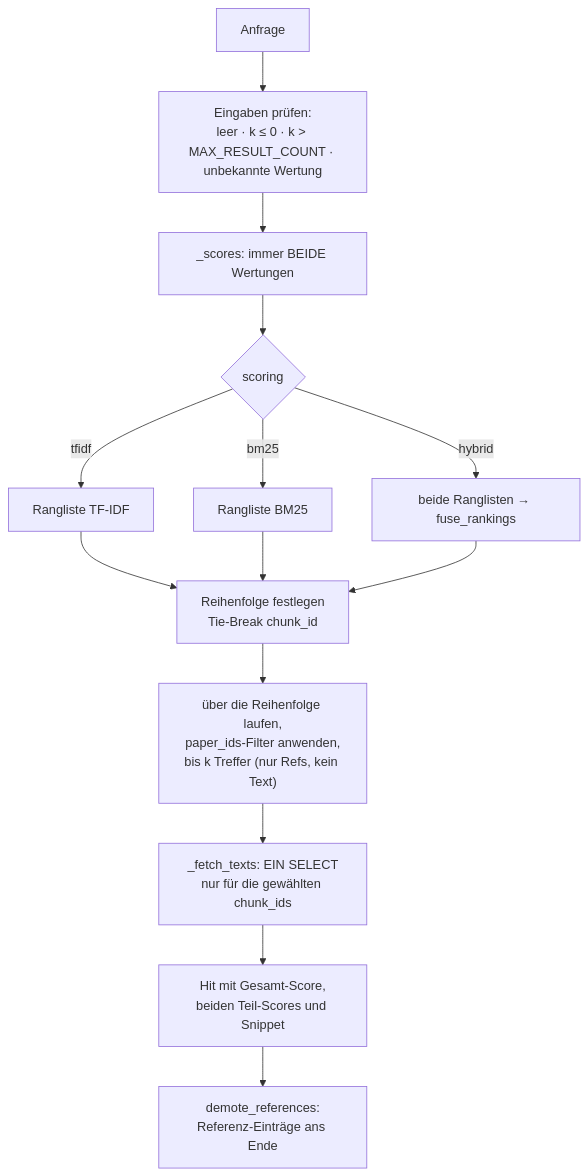
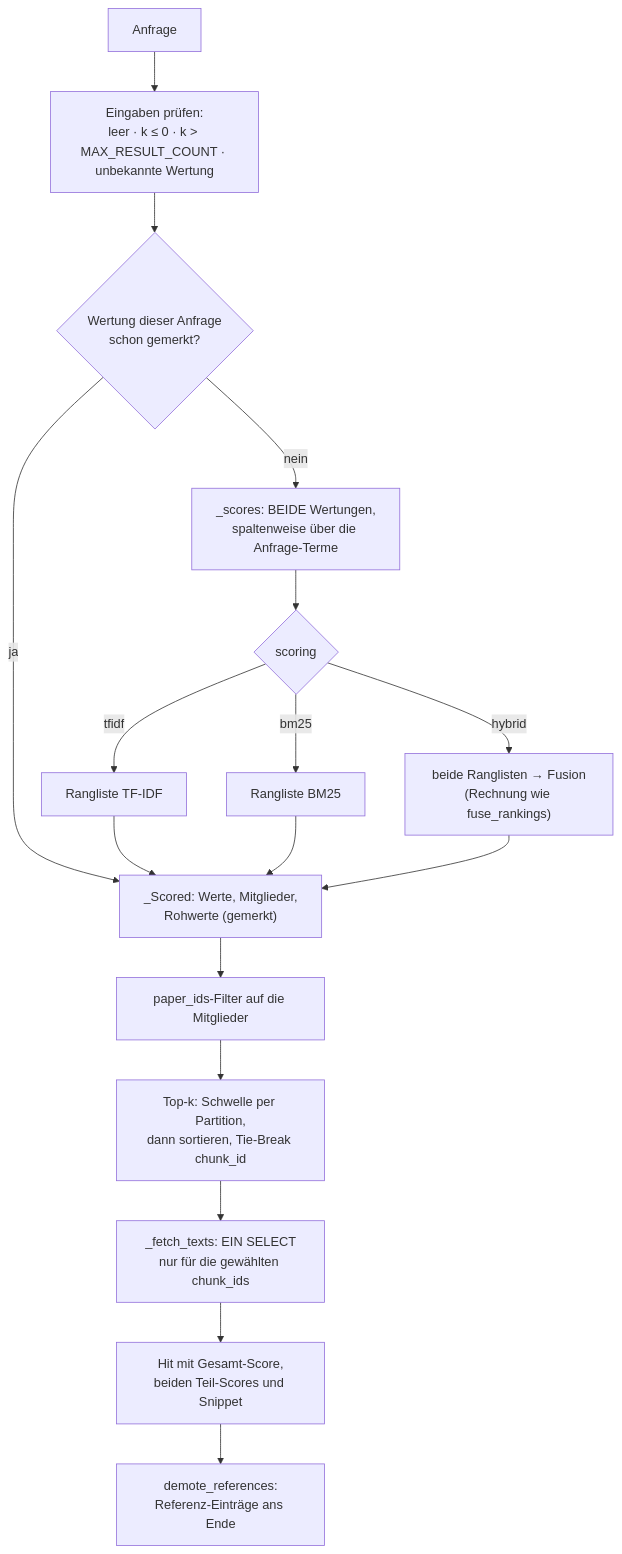
Before and after one commit to MomoEngineer/research-graphrag: the third of 4 diagrams in src/research_graphrag/indexing/doc/tfidf_index.md, drawn with Mermaid. The commit also changed other lines of this file and 6 other files, not shown here.

````diff
--- a/src/research_graphrag/indexing/doc/tfidf_index.md
+++ b/src/research_graphrag/indexing/doc/tfidf_index.md
@@ -101,16 +115,19 @@
 ```mermaid
 flowchart TD
     Q["Anfrage"] --> V["Eingaben prüfen:<br/>leer · k ≤ 0 · k > MAX_RESULT_COUNT · unbekannte Wertung"]
-    V --> S["_scores: immer BEIDE Wertungen"]
+    V --> MEMO{"Wertung dieser Anfrage<br/>schon gemerkt?"}
+    MEMO -- ja --> F
+    MEMO -- nein --> S["_scores: BEIDE Wertungen,<br/>spaltenweise über die Anfrage-Terme"]
     S --> M{"scoring"}
     M -- tfidf --> R1["Rangliste TF-IDF"]
     M -- bm25 --> R2["Rangliste BM25"]
-    M -- hybrid --> R3["beide Ranglisten → fuse_rankings"]
-    R1 --> O["Reihenfolge festlegen<br/>Tie-Break chunk_id"]
-    R2 --> O
-    R3 --> O
-    O --> P["über die Reihenfolge laufen,<br/>paper_ids-Filter anwenden,<br/>bis k Treffer (nur Refs, kein Text)"]
-    P --> TXT["_fetch_texts: EIN SELECT<br/>nur für die gewählten chunk_ids"]
+    M -- hybrid --> R3["beide Ranglisten → Fusion<br/>(Rechnung wie fuse_rankings)"]
+    R1 --> F["_Scored: Werte, Mitglieder,<br/>Rohwerte (gemerkt)"]
+    R2 --> F
+    R3 --> F
+    F --> P["paper_ids-Filter auf die Mitglieder"]
+    P --> O["Top-k: Schwelle per Partition,<br/>dann sortieren, Tie-Break chunk_id"]
+    O --> TXT["_fetch_texts: EIN SELECT<br/>nur für die gewählten chunk_ids"]
     TXT --> H["Hit mit Gesamt-Score,<br/>beiden Teil-Scores und Snippet"]
     H --> G["demote_references:<br/>Referenz-Einträge ans Ende"]
 ```
````
